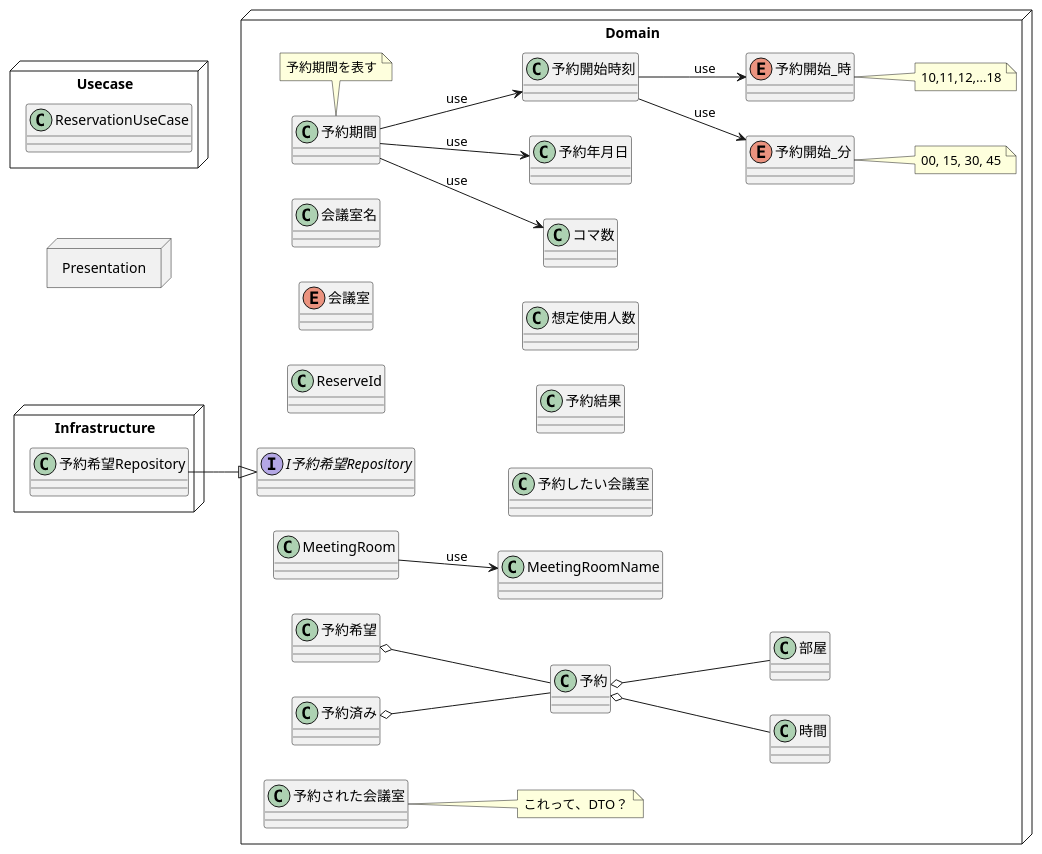
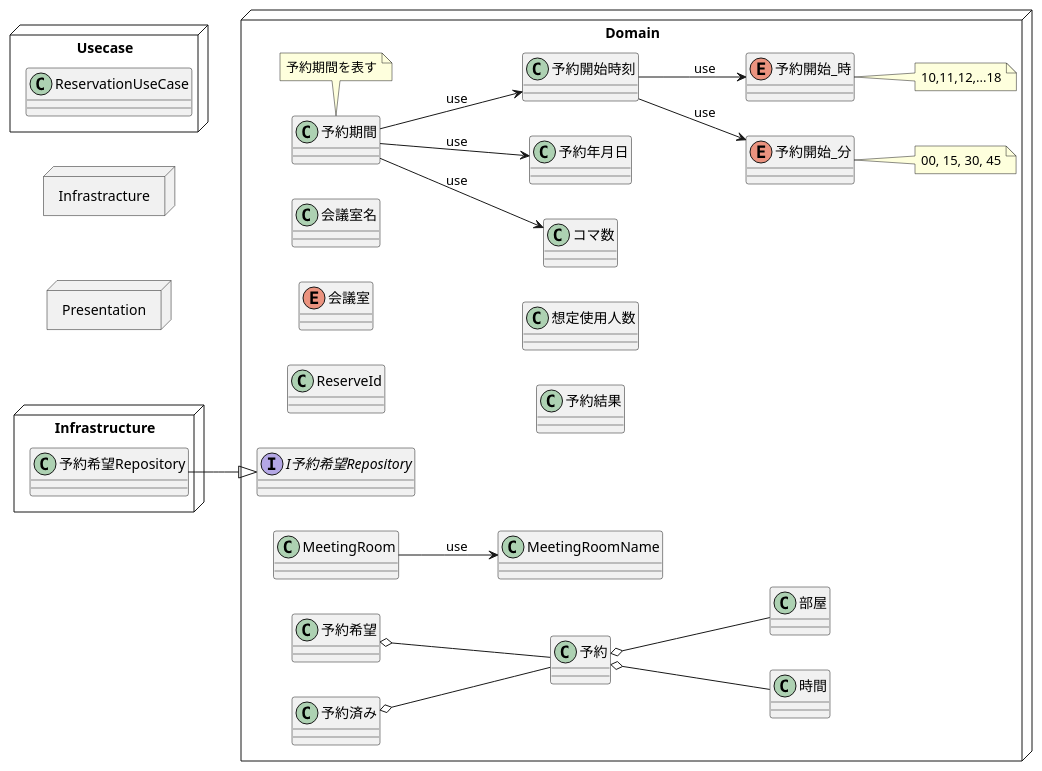
One commit to t2-kob/ModelingKai-Reservation changed the second of 2 diagrams in diagram/モデル図.md. Above: the diagram before and after it, drawn with PlantUML. The commit also changed other lines of this file, not shown here.

Commit message:
update: 現在のドメインモデル図を追加

````diff
--- a/diagram/モデル図.md
+++ b/diagram/モデル図.md
@@ -3,61 +52,62 @@
 ```puml
 @startuml
 left to right direction
 
 node Domain {
     interface I予約希望Repository
     class MeetingRoom
     class MeetingRoomName
 
     class 予約期間 
     note bottom : 予約期間を表す
 
 予約希望 o-- 予約
 予約済み o-- 予約
 
 予約 o-- 時間
 予約 o-- 部屋
 
     class ReserveId
     enum 会議室
     class 会議室名
     class コマ数
-    class 予約された会議室
-    note right : これって、DTO？
-    class 予約したい会議室
     class 予約希望
     class 予約年月日
     class 予約結果
     enum 予約開始_分
     note right : 00, 15, 30, 45
 
     enum 予約開始_時
     note right : 10,11,12,...18
 
     class 予約開始時刻
     class 想定使用人数
 
     予約期間 --> コマ数 : use
     予約期間 --> 予約年月日 : use
     予約期間 --> 予約開始時刻 : use 
 
     MeetingRoom --> MeetingRoomName : use
     予約開始時刻 --> 予約開始_分 : use
     予約開始時刻 --> 予約開始_時 : use
 }
 node Infrastructure {
     class 予約希望Repository
 }
 
 予約希望Repository --|> I予約希望Repository 
 
 node Usecase {
     class ReservationUseCase
 }
 
 node Presentation {
 
 }
 
+node Infrastracture {
+
+}
+
 @enduml
 ```
````
